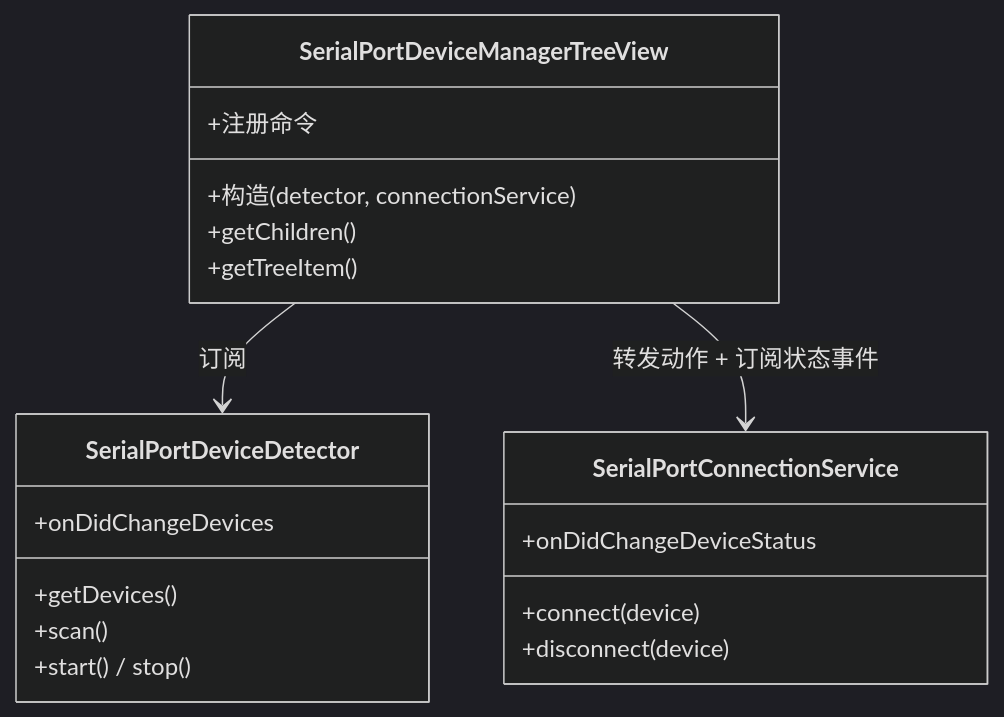
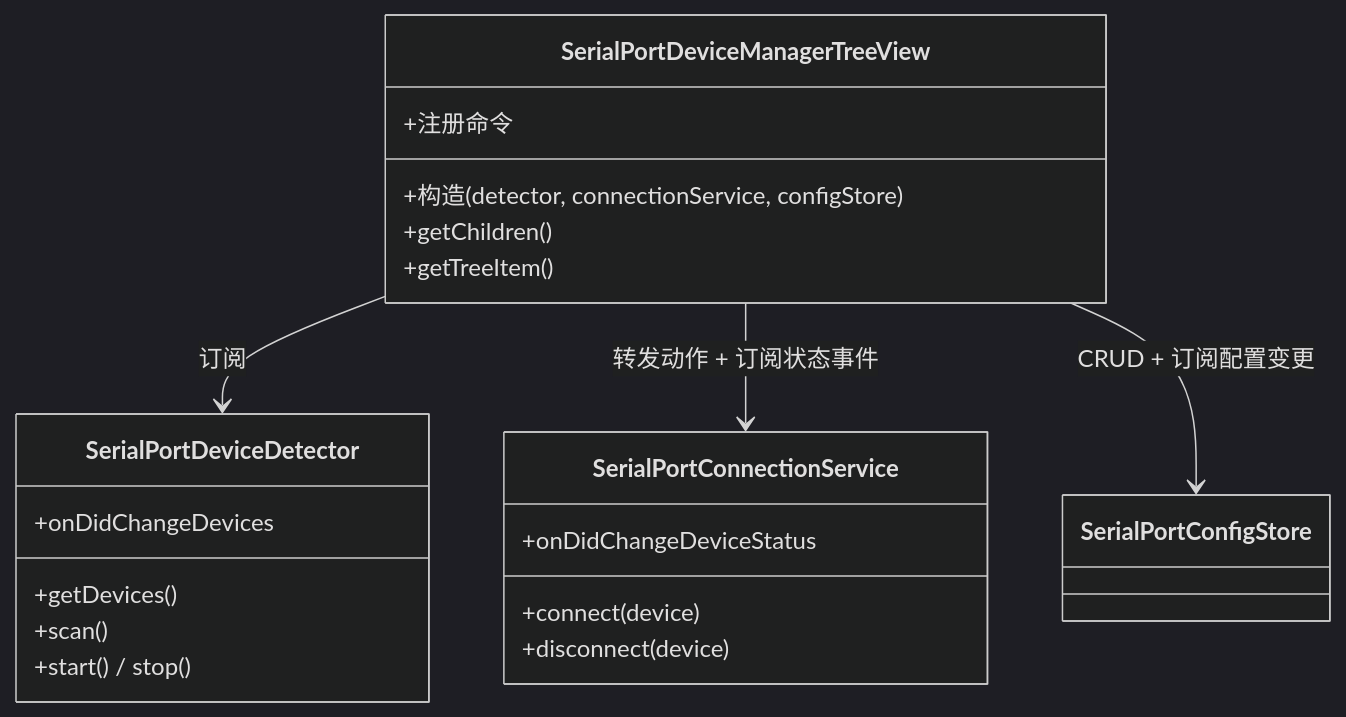
The second of 2 diagrams in doc/SerialPortDeviceManagerTreeView设计.md (ziqiang-zhu/vscode-serial-port-terminal), drawn with Mermaid (dark theme) before and after one commit. The commit also changed other lines of this file and 12 other files, not shown here.

First line of the commit message:
feat: add serial port config ui testing

````diff
--- a/doc/SerialPortDeviceManagerTreeView设计.md
+++ b/doc/SerialPortDeviceManagerTreeView设计.md
@@ -80,22 +98,23 @@
 ```mermaid
 classDiagram
     class SerialPortDeviceManagerTreeView {
-        +构造(detector, connectionService)
+        +构造(detector, connectionService, configStore)
         +getChildren()
         +getTreeItem()
         +注册命令
     }
     class SerialPortDeviceDetector {
         +onDidChangeDevices
         +getDevices()
         +scan()
         +start() / stop()
     }
     class SerialPortConnectionService {
         +connect(device)
         +disconnect(device)
         +onDidChangeDeviceStatus
     }
     SerialPortDeviceManagerTreeView --> SerialPortDeviceDetector : 订阅
     SerialPortDeviceManagerTreeView --> SerialPortConnectionService : 转发动作 + 订阅状态事件
+    SerialPortDeviceManagerTreeView --> SerialPortConfigStore : CRUD + 订阅配置变更
 ```
````
